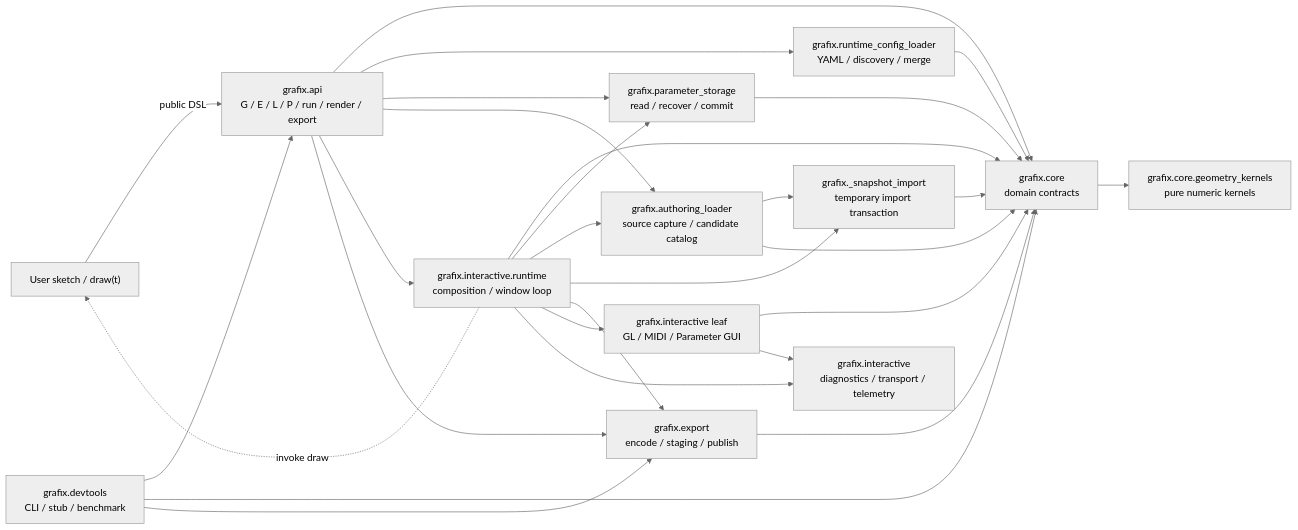
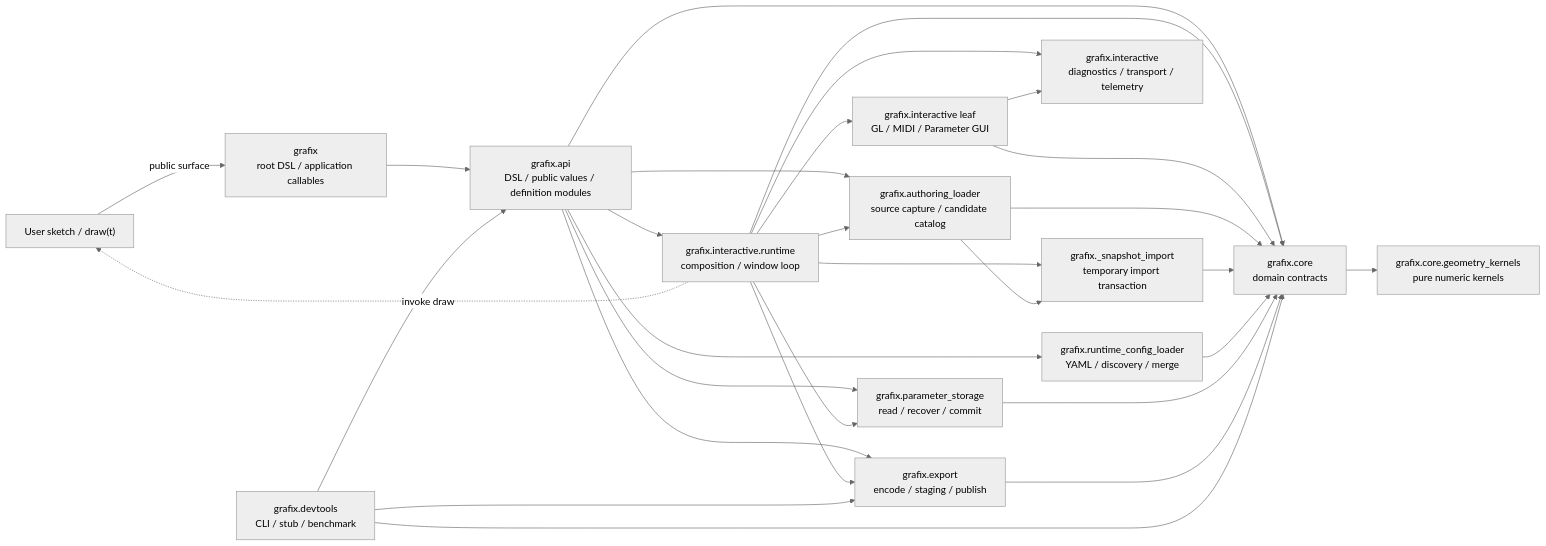
One commit to tyhts0829/graft changed the first of 25 diagrams in docs/architecture_visualization.md. Above: the diagram before and after it, drawn with Mermaid (neutral theme). The commit also changed other lines of this file and 135 other files, not shown here.

````diff
--- a/docs/architecture_visualization.md
+++ b/docs/architecture_visualization.md
@@ -14,44 +14,46 @@
 ```mermaid
 flowchart LR
     sketch["User sketch / draw(t)"]
-    api["grafix.api<br/>G / E / L / P / run / render / export"]
+    root["grafix<br/>root DSL / application callables"]
+    api["grafix.api<br/>DSL / public values / definition modules"]
     core["grafix.core<br/>domain contracts"]
     kernels["grafix.core.geometry_kernels<br/>pure numeric kernels"]
     authoring["grafix.authoring_loader<br/>source capture / candidate catalog"]
     snapshot["grafix._snapshot_import<br/>temporary import transaction"]
     configio["grafix.runtime_config_loader<br/>YAML / discovery / merge"]
     paramio["grafix.parameter_storage<br/>read / recover / commit"]
     export["grafix.export<br/>encode / staging / publish"]
     runtime["grafix.interactive.runtime<br/>composition / window loop"]
     leaf["grafix.interactive leaf<br/>GL / MIDI / Parameter GUI"]
     neutral["grafix.interactive<br/>diagnostics / transport / telemetry"]
     tools["grafix.devtools<br/>CLI / stub / benchmark"]
 
-    sketch -->|"public DSL"| api
+    sketch -->|"public surface"| root
+    root --> api
     api --> core
     api --> configio
     api --> paramio
     api --> authoring
     api --> runtime
     api --> export
     runtime --> core
     runtime --> paramio
     runtime --> authoring
     runtime --> snapshot
     runtime --> export
     runtime --> leaf
     runtime --> neutral
     leaf --> core
     leaf --> neutral
     core --> kernels
     authoring --> snapshot
     authoring --> core
     snapshot --> core
     configio --> core
     paramio --> core
     export --> core
     tools --> api
     tools --> core
     tools --> export
     runtime -.->|"invoke draw"| sketch
 ```
````
